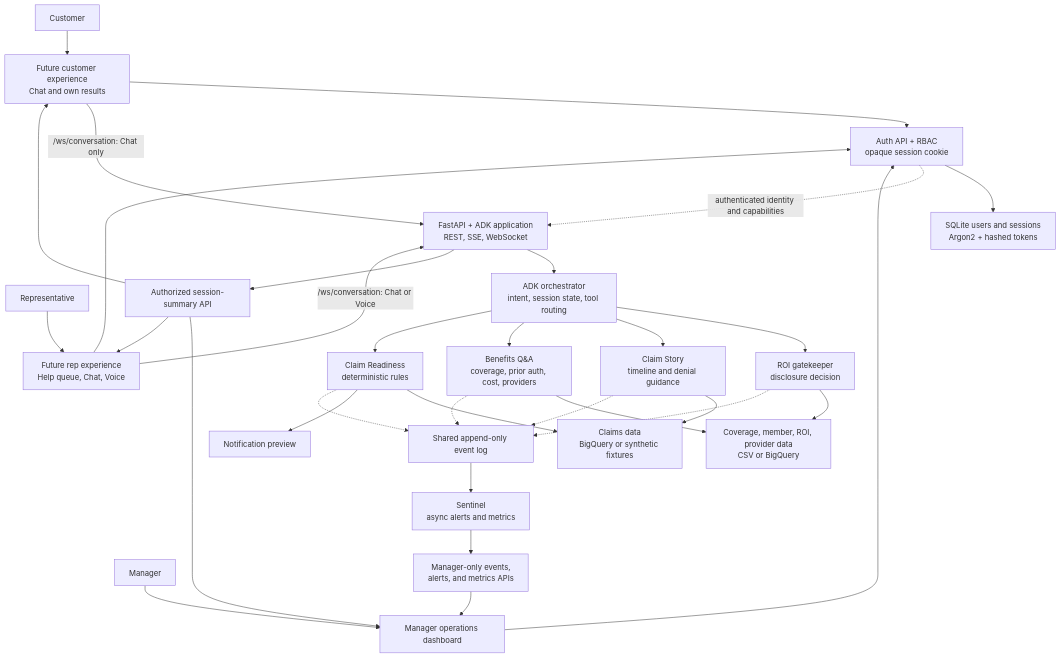
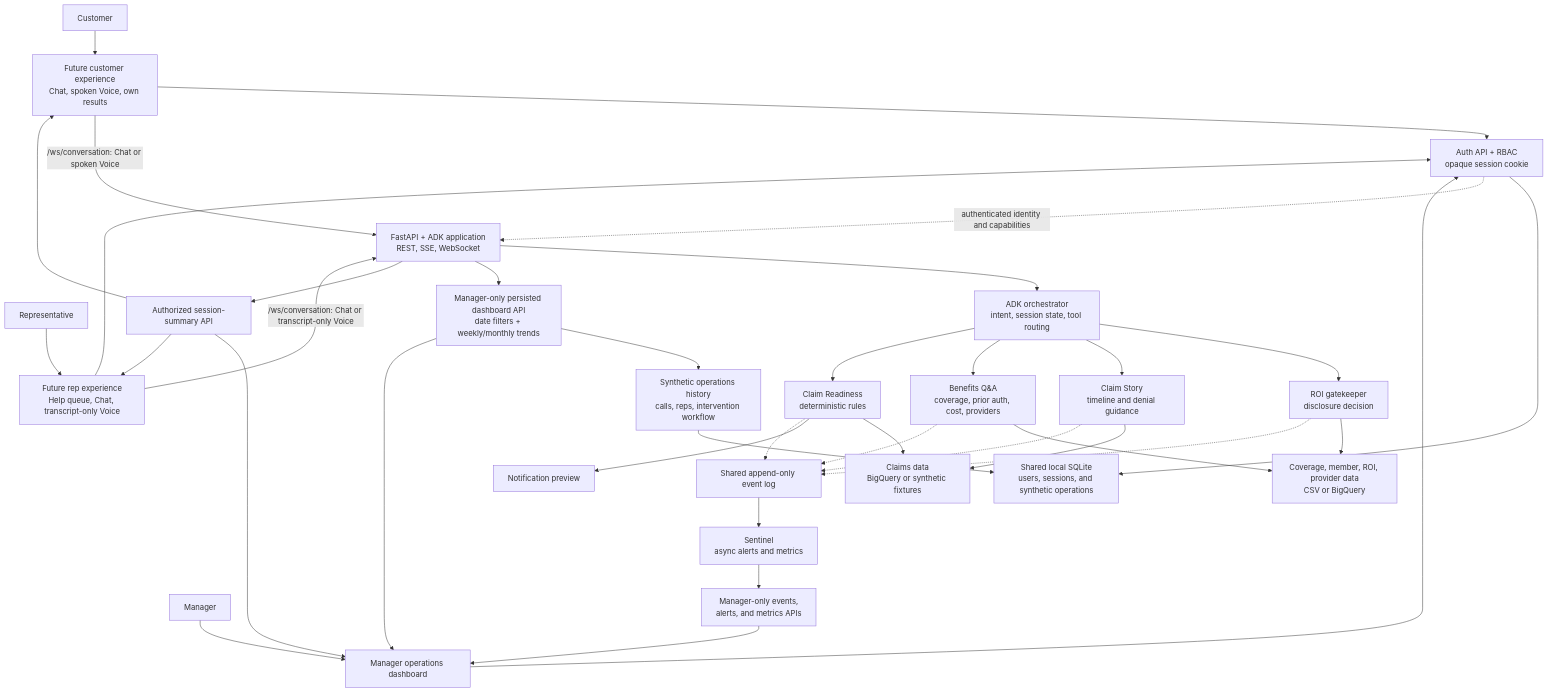
One commit to zhangdaniel62/humana-hackathon-2026 changed the diagram in assets/docs/overall_plan.md. Above: the diagram before and after it, drawn with Mermaid. The commit also changed other lines of this file and 1 other file, not shown here.

````diff
--- a/assets/docs/overall_plan.md
+++ b/assets/docs/overall_plan.md
@@ -143,56 +148,62 @@
 ```mermaid
 flowchart TD
     Customer["Customer"]
     Rep["Representative"]
     Manager["Manager"]
-    CustomerUI["Future customer experience<br/>Chat and own results"]
-    RepUI["Future rep experience<br/>Help queue, Chat, Voice"]
+    CustomerUI["Future customer experience<br/>Chat, spoken Voice, own results"]
+    RepUI["Future rep experience<br/>Help queue, Chat, transcript-only Voice"]
     ManagerUI["Manager operations dashboard"]
     Auth["Auth API + RBAC<br/>opaque session cookie"]
-    AuthDB["SQLite users and sessions<br/>Argon2 + hashed tokens"]
+    AuthDB["Shared local SQLite<br/>users, sessions, and synthetic operations"]
     API["FastAPI + ADK application<br/>REST, SSE, WebSocket"]
     Orchestrator["ADK orchestrator<br/>intent, session state, tool routing"]
     ROI["ROI gatekeeper<br/>disclosure decision"]
     Claim["Claim Story<br/>timeline and denial guidance"]
     Benefits["Benefits Q&A<br/>coverage, prior auth, cost, providers"]
     Readiness["Claim Readiness<br/>deterministic rules"]
     Preview["Notification preview"]
     ClaimsData["Claims data<br/>BigQuery or synthetic fixtures"]
     BenefitsData["Coverage, member, ROI, provider data<br/>CSV or BigQuery"]
     EventLog["Shared append-only event log"]
     Sentinel["Sentinel<br/>async alerts and metrics"]
     ManagerAPI["Manager-only events,<br/>alerts, and metrics APIs"]
+    DashboardAPI["Manager-only persisted dashboard API<br/>date filters + weekly/monthly trends"]
+    OperationsStore["Synthetic operations history<br/>calls, reps, intervention workflow"]
     SummaryAPI["Authorized session-summary API"]
 
     Customer --> CustomerUI
     Rep --> RepUI
     Manager --> ManagerUI
     CustomerUI --> Auth
     RepUI --> Auth
     ManagerUI --> Auth
     Auth --> AuthDB
     Auth -.->|"authenticated identity and capabilities"| API
-    CustomerUI -->|"/ws/conversation: Chat only"| API
-    RepUI -->|"/ws/conversation: Chat or Voice"| API
+    CustomerUI -->|"/ws/conversation: Chat or spoken Voice"| API
+    RepUI -->|"/ws/conversation: Chat or transcript-only Voice"| API
     API --> Orchestrator
     Orchestrator --> ROI
     Orchestrator --> Claim
     Orchestrator --> Benefits
     Orchestrator --> Readiness
     Claim --> ClaimsData
     Readiness --> ClaimsData
     Benefits --> BenefitsData
     ROI --> BenefitsData
     Readiness --> Preview
     ROI -.-> EventLog
     Claim -.-> EventLog
     Benefits -.-> EventLog
     Readiness -.-> EventLog
     EventLog --> Sentinel
     Sentinel --> ManagerAPI
     ManagerAPI --> ManagerUI
+    API --> DashboardAPI
+    DashboardAPI --> OperationsStore
+    OperationsStore --> AuthDB
+    DashboardAPI --> ManagerUI
     API --> SummaryAPI
     SummaryAPI --> ManagerUI
     SummaryAPI --> RepUI
     SummaryAPI --> CustomerUI
 ```
````
